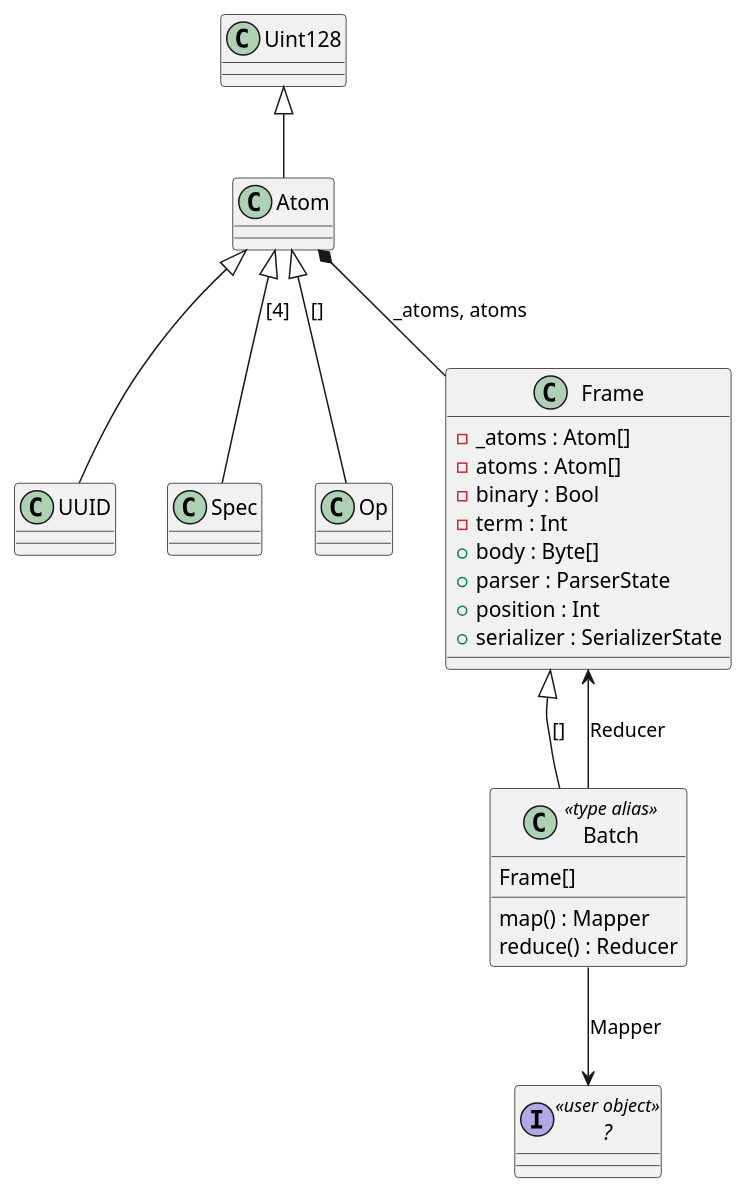
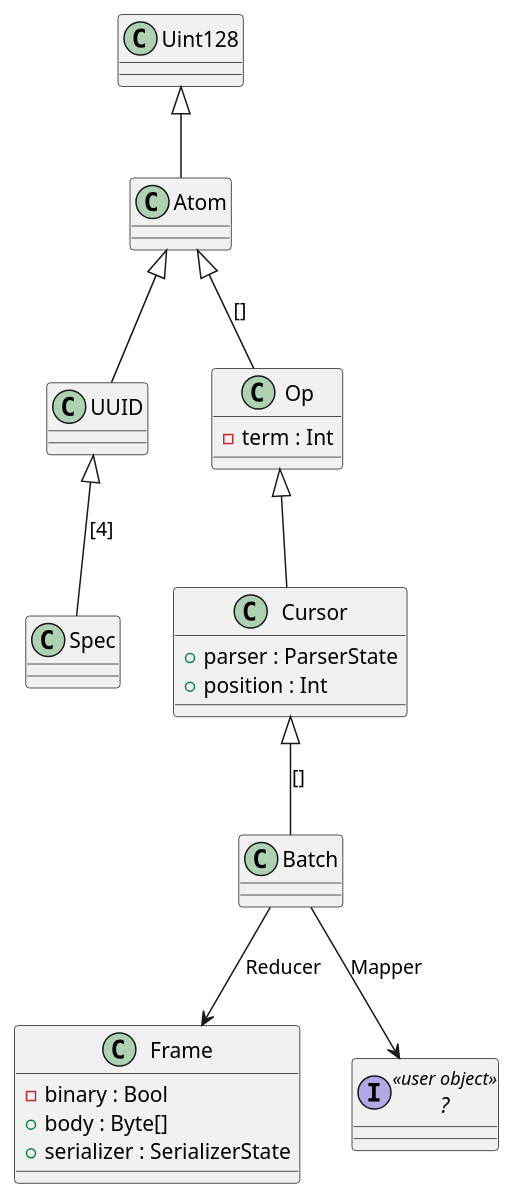
The diagram in docs/api.plantuml (gritzko/ron), drawn with PlantUML before and after one commit.

Commit message:
corrected UML chart

```diff
--- a/docs/api.plantuml
+++ b/docs/api.plantuml
@@ -1,32 +1,29 @@
 @startuml
 
 Uint128 <|-- Atom
 
 Atom <|-- UUID
 
-Atom <|-- Spec : [4]
+UUID <|-- Spec : [4]
 
 Atom <|-- Op : []
 
-Frame : -_atoms : Atom[]
-Frame : -atoms : Atom[]
+Op <|-- Cursor
+Op : -term : Int
+
+Cursor : +parser : ParserState
+Cursor : +position : Int
+
+
 Frame : -binary : Bool
-Frame : -term : Int
 Frame : +body : Byte[]
-Frame : +parser : ParserState
-Frame : +position : Int
 Frame : +serializer : SerializerState
 
-Atom *-- Frame : _atoms, atoms
+Cursor <|-- Batch : []
 
-class Batch << type alias >>
-Batch : Frame[]
-Batch : map() : Mapper
-Batch : reduce() : Reducer
-Frame <|-- Batch : []
 Batch --> Frame : Reducer
 
 interface "?" as UserObject << user object >>
 Batch --> UserObject : Mapper
 
 @enduml
```
